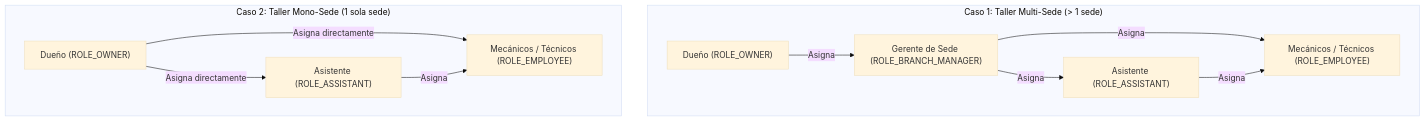
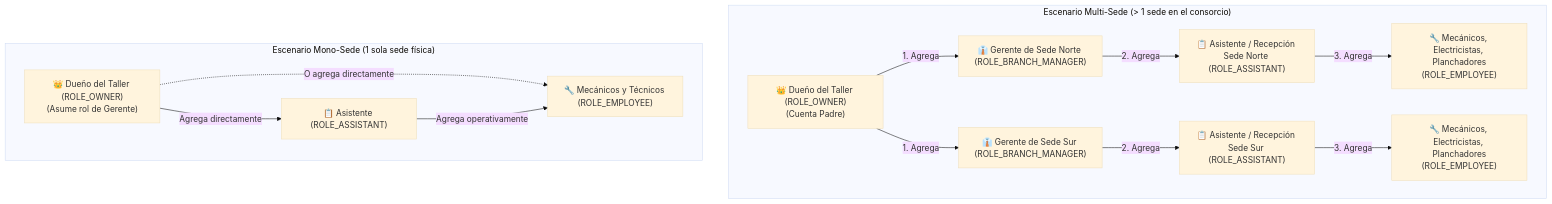
The first of 2 diagrams in docs/auth-and-roles-flow.md (tux-logic/shiftiq-platform), drawn with Mermaid (base theme) before and after one commit. The commit also changed other lines of this file, not shown here.

````diff
--- a/docs/auth-and-roles-flow.md
+++ b/docs/auth-and-roles-flow.md
@@ -185,15 +193,29 @@
 ```mermaid
 graph TD
-    subgraph MultiSede ["Caso 1: Taller Multi-Sede (> 1 sede)"]
-        O1["Dueño (ROLE_OWNER)"] -->|Asigna| GM["Gerente de Sede (ROLE_BRANCH_MANAGER)"]
-        GM -->|Asigna| AS1["Asistente (ROLE_ASSISTANT)"]
-        GM -->|Asigna| OP1["Mecánicos / Técnicos (ROLE_EMPLOYEE)"]
-        AS1 -->|Asigna| OP1
+    subgraph MultiSede ["Escenario Multi-Sede (> 1 sede en el consorcio)"]
+        O1["👑 Dueño del Taller (ROLE_OWNER)<br/>(Cuenta Padre)"]
+        GM1["👔 Gerente de Sede Norte (ROLE_BRANCH_MANAGER)"]
+        GM2["👔 Gerente de Sede Sur (ROLE_BRANCH_MANAGER)"]
+        AS1["📋 Asistente / Recepción Sede Norte (ROLE_ASSISTANT)"]
+        AS2["📋 Asistente / Recepción Sede Sur (ROLE_ASSISTANT)"]
+        T1["🔧 Mecánicos, Electricistas, Planchadores<br/>(ROLE_EMPLOYEE)"]
+        T2["🔧 Mecánicos, Electricistas, Planchadores<br/>(ROLE_EMPLOYEE)"]
+
+        O1 -->|1. Agrega| GM1
+        O1 -->|1. Agrega| GM2
+        GM1 -->|2. Agrega| AS1
+        GM2 -->|2. Agrega| AS2
+        AS1 -->|3. Agrega| T1
+        AS2 -->|3. Agrega| T2
     end
 
-    subgraph MonoSede ["Caso 2: Taller Mono-Sede (1 sola sede)"]
-        O2["Dueño (ROLE_OWNER)"] -->|Asigna directamente| AS2["Asistente (ROLE_ASSISTANT)"]
-        O2 -->|Asigna directamente| OP2["Mecánicos / Técnicos (ROLE_EMPLOYEE)"]
-        AS2 -->|Asigna| OP2
+    subgraph MonoSede ["Escenario Mono-Sede (1 sola sede física)"]
+        O2["👑 Dueño del Taller (ROLE_OWNER)<br/>(Asume rol de Gerente)"]
+        AS_M["📋 Asistente (ROLE_ASSISTANT)"]
+        T_M["🔧 Mecánicos y Técnicos (ROLE_EMPLOYEE)"]
+
+        O2 -->|Agrega directamente| AS_M
+        O2 -.->|O agrega directamente| T_M
+        AS_M -->|Agrega operativamente| T_M
     end
 ```
````
